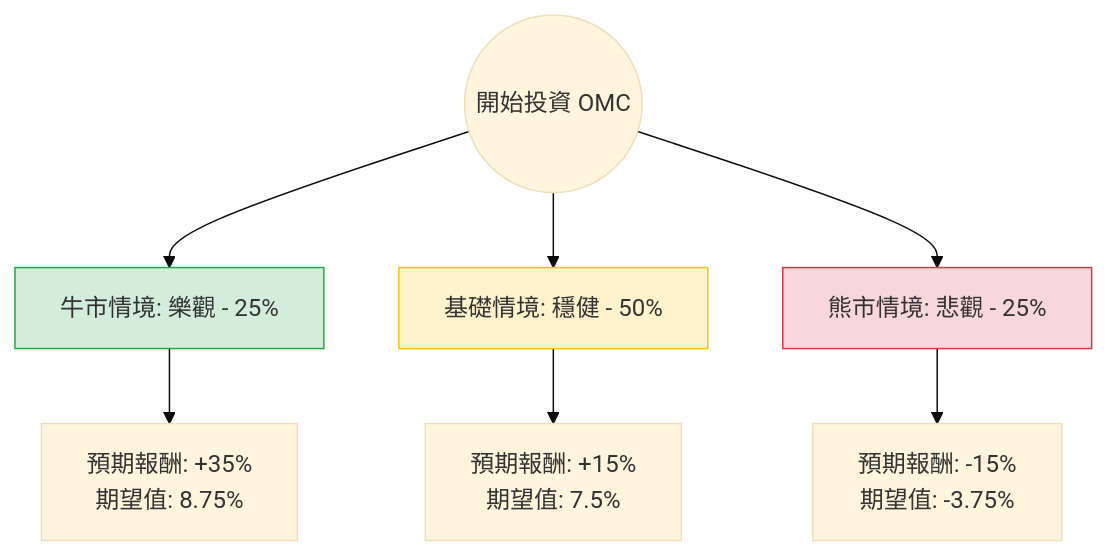
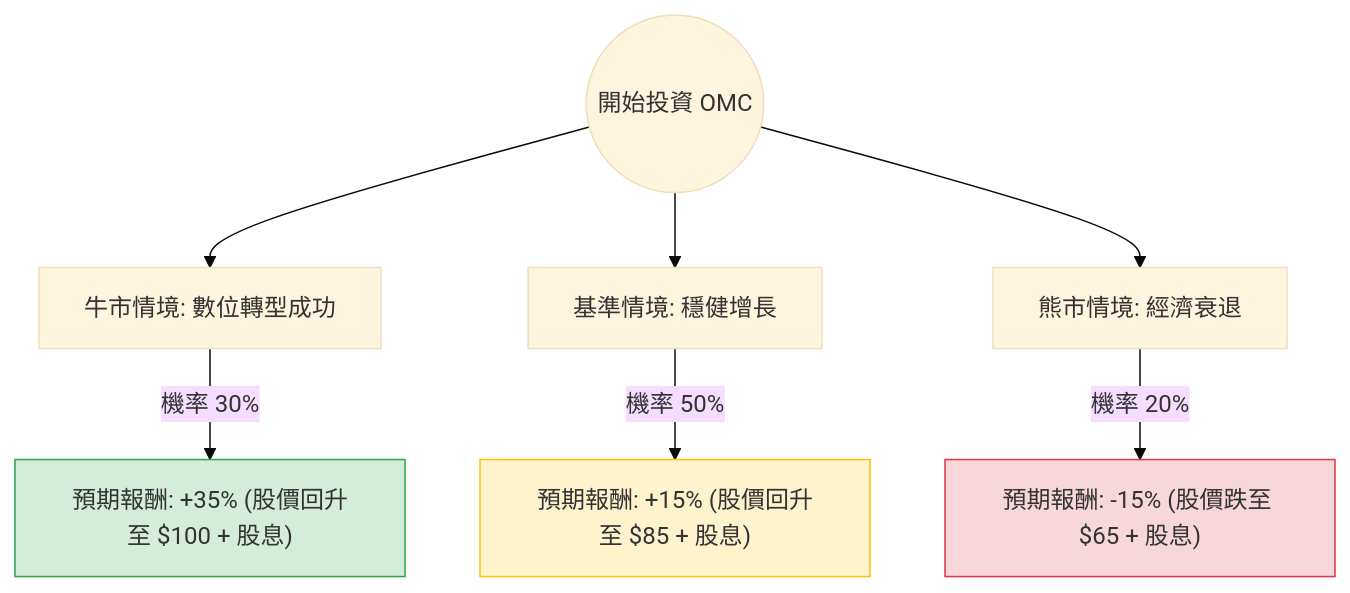
The diagram in plugin-react/ai-analysis/ev-analysis/OMC.md (zmcx16/zmcx16.github.io), drawn with Mermaid (base theme) before and after one commit. The commit also changed other lines of this file and 73 other files, not shown here.

````diff
--- a/plugin-react/ai-analysis/ev-analysis/OMC.md
+++ b/plugin-react/ai-analysis/ev-analysis/OMC.md
@@ -20,14 +21,14 @@
 ```mermaid
 graph TD
-    Start((開始投資 OMC)) --> Bull[牛市情境: 樂觀 - 25%]
-    Start --> Base[基礎情境: 穩健 - 50%]
-    Start --> Bear[熊市情境: 悲觀 - 25%]
+    Start((開始投資 OMC)) --> Bull[牛市情境: 數位轉型成功]
+    Start --> Base[基準情境: 穩健增長]
+    Start --> Bear[熊市情境: 經濟衰退]
 
-    Bull --> Bull_EV[預期報酬: +35% <br/> 期望值: 8.75%]
-    Base --> Base_EV[預期報酬: +15% <br/> 期望值: 7.5%]
-    Bear --> Bear_EV[預期報酬: -15% <br/> 期望值: -3.75%]
+    Bull -- "機率 30%" --> BullResult["預期報酬: +35% (股價回升至 $100 + 股息)"]
+    Base -- "機率 50%" --> BaseResult["預期報酬: +15% (股價回升至 $85 + 股息)"]
+    Bear -- "機率 20%" --> BearResult["預期報酬: -15% (股價跌至 $65 + 股息)"]
 
-    style Bull fill:#d4edda,stroke:#28a745
-    style Base fill:#fff3cd,stroke:#ffc107
-    style Bear fill:#f8d7da,stroke:#dc3545
+    style BullResult fill:#d4edda,stroke:#28a745
+    style BaseResult fill:#fff3cd,stroke:#ffc107
+    style BearResult fill:#f8d7da,stroke:#dc3545
 ```
````
